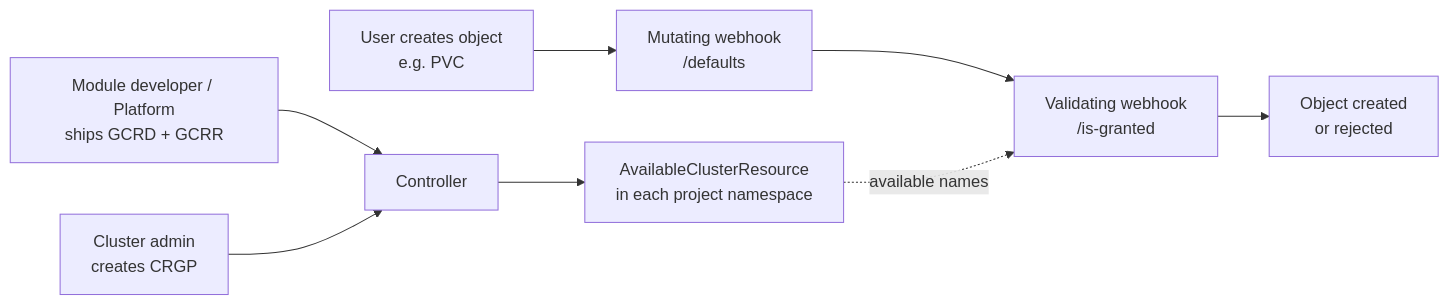
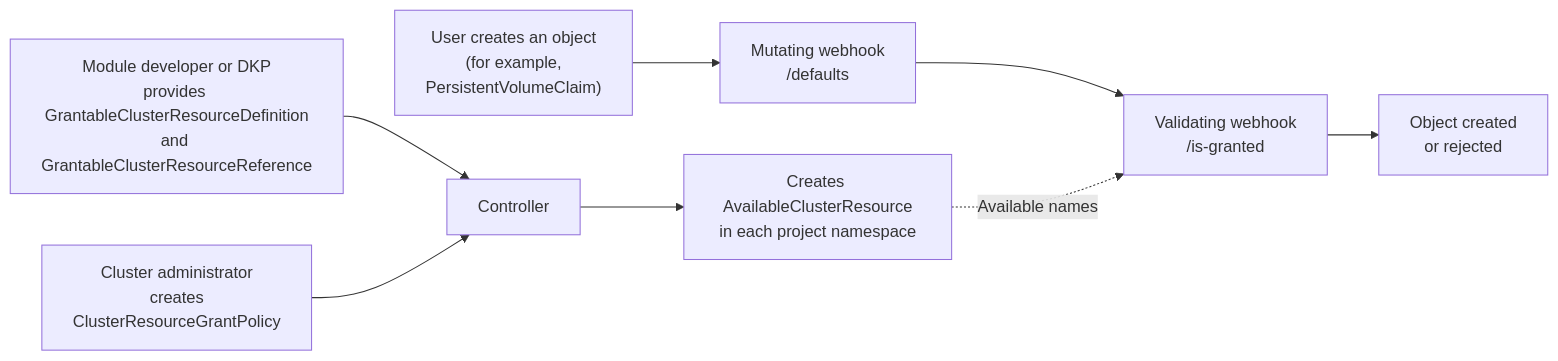
One commit to deckhouse/deckhouse changed the diagram in modules/160-multitenancy-manager/docs/README.md. Above: the diagram before and after it, drawn with Mermaid. The commit also changed other lines of this file and 12 other files, not shown here.

````diff
--- a/modules/160-multitenancy-manager/docs/README.md
+++ b/modules/160-multitenancy-manager/docs/README.md
@@ -102,10 +92,10 @@
-```mermaid
+<pre class="mermaid">
 flowchart LR
-    A["Module developer / Platform<br/>ships GCRD + GCRR"] --> C
-    B["Cluster admin<br/>creates CRGP"] --> C["Controller"]
-    C --> D["AvailableClusterResource<br/>in each project namespace"]
-    E["User creates object<br/>e.g. PVC"] --> F["Mutating webhook<br/>/defaults"]
+    A["Module developer or DKP<br/>provides GrantableClusterResourceDefinition<br/>and GrantableClusterResourceReference"] --> C
+    B["Cluster administrator<br/>creates<br/>ClusterResourceGrantPolicy"] --> C["Controller"]
+    C --> D["Creates AvailableClusterResource<br/>in each project namespace"]
+    E["User creates an object<br/>(for example,<br/>PersistentVolumeClaim)"] --> F["Mutating webhook<br/>/defaults"]
     F --> G["Validating webhook<br/>/is-granted"]
-    D -. available names .-> G
+    D -. Available names .-> G
     G --> H["Object created<br/>or rejected"]
-```
+</pre>
````
